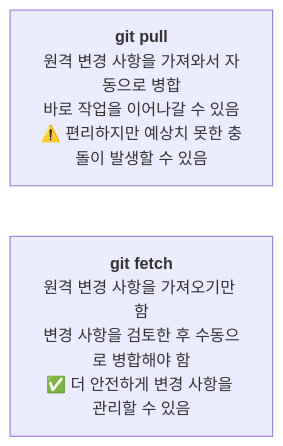
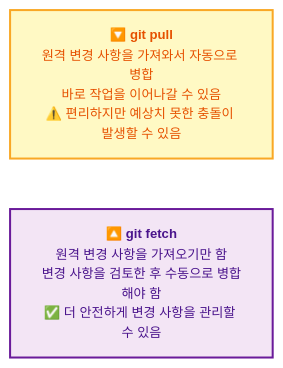
Before and after one commit to jingu279/Document: the second of 2 diagrams in git/03_원격_저장소/02_Push_Pull_Fetch.md, drawn with Mermaid. The commit also changed other lines of this file and 24 other files, not shown here.

First line of the commit message:
Git 문서 전체 Mermaid 다이어그램 스타일링 통일

````diff
--- a/git/03_원격_저장소/02_Push_Pull_Fetch.md
+++ b/git/03_원격_저장소/02_Push_Pull_Fetch.md
@@ -114,5 +125,15 @@
 ```mermaid
+%%{init: {'theme': 'base', 'themeVariables': {'fontSize': '13px'}}}%%
 flowchart LR
-  Pull["<b>git pull</b><br/>원격 변경 사항을 가져와서 자동으로 병합<br/>바로 작업을 이어나갈 수 있음<br/>⚠️ 편리하지만 예상치 못한 충돌이 발생할 수 있음"]
-  Fetch["<b>git fetch</b><br/>원격 변경 사항을 가져오기만 함<br/>변경 사항을 검토한 후 수동으로 병합해야 함<br/>✅ 더 안전하게 변경 사항을 관리할 수 있음"]
+  Pull["<b>🔽 git pull</b><br/>원격 변경 사항을 가져와서 자동으로 병합<br/>바로 작업을 이어나갈 수 있음<br/>⚠️ 편리하지만 예상치 못한 충돌이 발생할 수 있음"]
+  Fetch["<b>🔼 git fetch</b><br/>원격 변경 사항을 가져오기만 함<br/>변경 사항을 검토한 후 수동으로 병합해야 함<br/>✅ 더 안전하게 변경 사항을 관리할 수 있음"]
+
+  classDef main fill:#fff3e0,stroke:#e65100,stroke-width:2px,color:#bf360c
+  classDef sub fill:#e8f5e9,stroke:#2e7d32,stroke-width:2px,color:#1b5e20
+  classDef proc fill:#e3f2fd,stroke:#1565c0,stroke-width:2px,color:#0d47a1
+  classDef decision fill:#fff9c4,stroke:#f9a825,stroke-width:2px,color:#e65100
+  classDef highlight fill:#f3e5f5,stroke:#6a1b9a,stroke-width:2px,color:#4a148c
+
+  class Pull decision
+  class Fetch highlight
 ```
````
